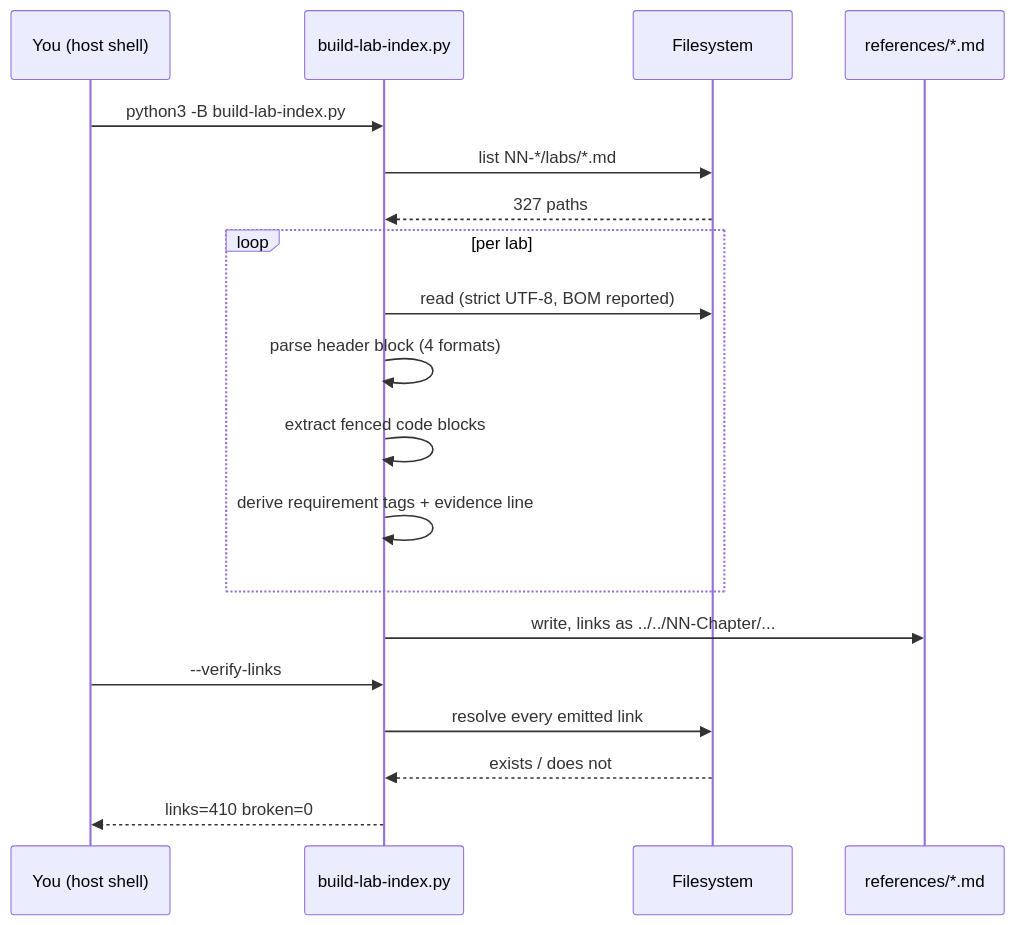
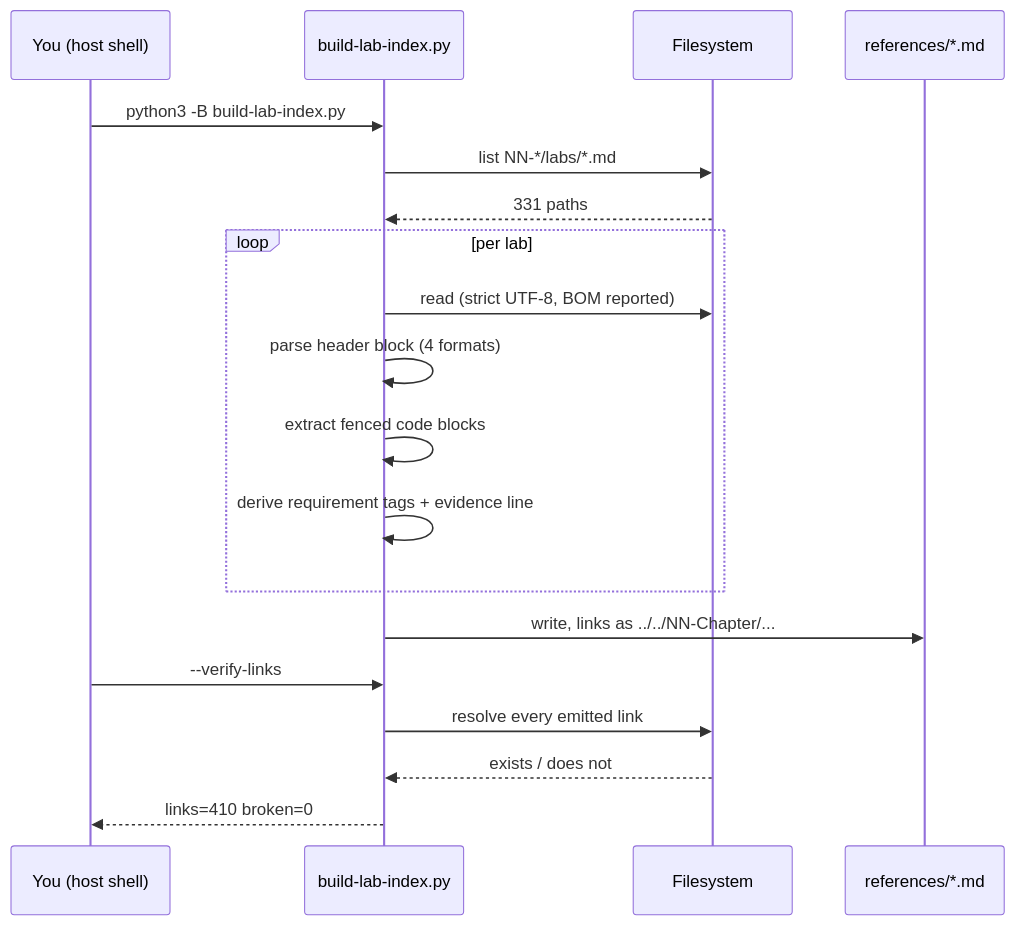
One commit to FlyPhantomFly/android-security-handbook changed the second of 5 diagrams in 73-Labs/README.md. Above: the diagram before and after it, drawn with Mermaid. The commit also changed other lines of this file and 96 other files, not shown here.

````diff
--- a/73-Labs/README.md
+++ b/73-Labs/README.md
@@ -208,22 +208,22 @@
 ```mermaid
 sequenceDiagram
     participant U as You (host shell)
     participant S as build-lab-index.py
     participant FS as Filesystem
     participant O as references/*.md
 
     U->>S: python3 -B build-lab-index.py
     S->>FS: list NN-*/labs/*.md
-    FS-->>S: 327 paths
+    FS-->>S: 331 paths
     loop per lab
         S->>FS: read (strict UTF-8, BOM reported)
         S->>S: parse header block (4 formats)
         S->>S: extract fenced code blocks
         S->>S: derive requirement tags + evidence line
     end
     S->>O: write, links as ../../NN-Chapter/...
     U->>S: --verify-links
     S->>FS: resolve every emitted link
     FS-->>S: exists / does not
     S-->>U: links=410 broken=0
 ```
````
